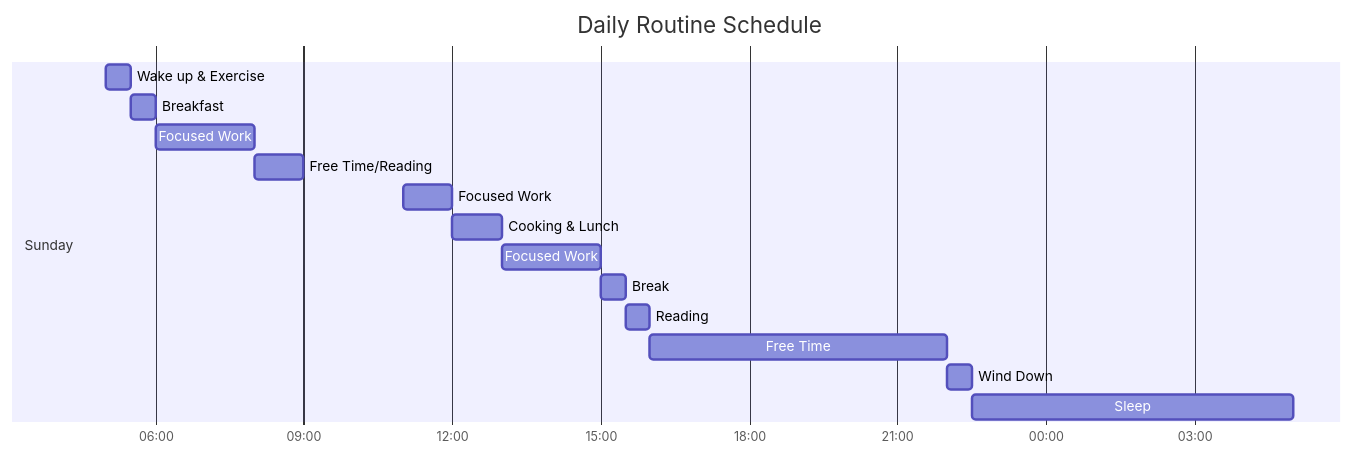
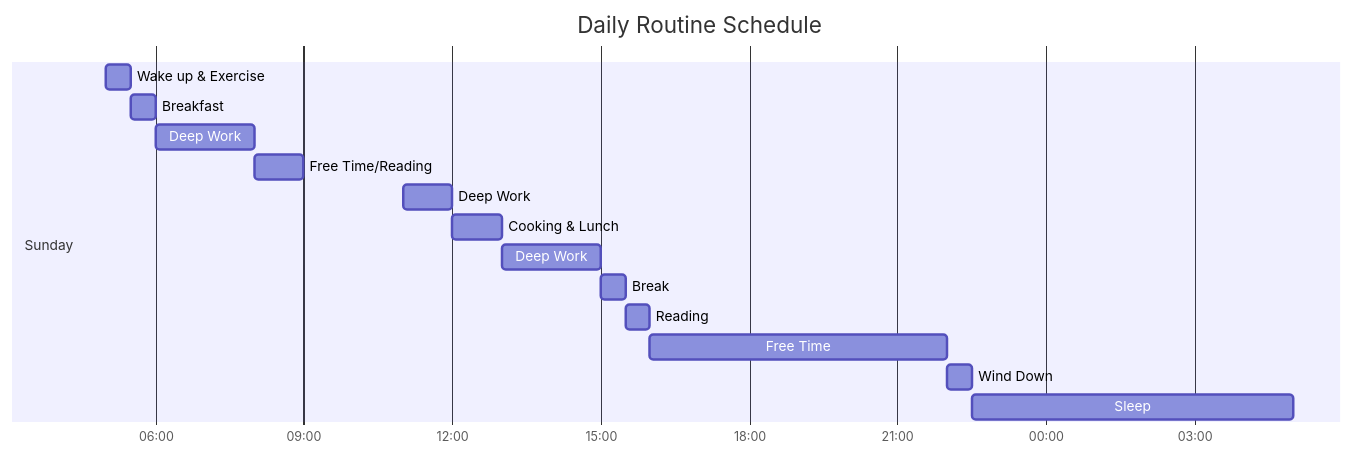
One commit to S-ROLL/notebook.maths changed the seventh of 7 diagrams in balance/README.md. Above: the diagram before and after it, drawn with Mermaid. The commit also changed other lines of this file, not shown here.

````diff
--- a/balance/README.md
+++ b/balance/README.md
@@ -147,20 +147,20 @@
 ```mermaid
 gantt
     title Daily Routine Schedule
     dateFormat  HH:mm
     axisFormat  %H:%M
     
     section Sunday
     Wake up & Exercise       :05:00, 0.5h
     Breakfast                :05:30, 0.5h
-    Focused Work             :06:00, 2h
+    Deep Work             :06:00, 2h
     Free Time/Reading        :08:00, 1h
-    Focused Work             :11:00, 1h
+    Deep Work             :11:00, 1h
     Cooking & Lunch          :12:00, 1h
-    Focused Work             :13:00, 2h
+    Deep Work             :13:00, 2h
     Break                    :15:00, 0.5h
     Reading                  :15:30, 0.5h
     Free Time                :16:00, 6h
     Wind Down                :22:00, 0.5h
     Sleep                    :22:30, 6.5h
 ```
````
